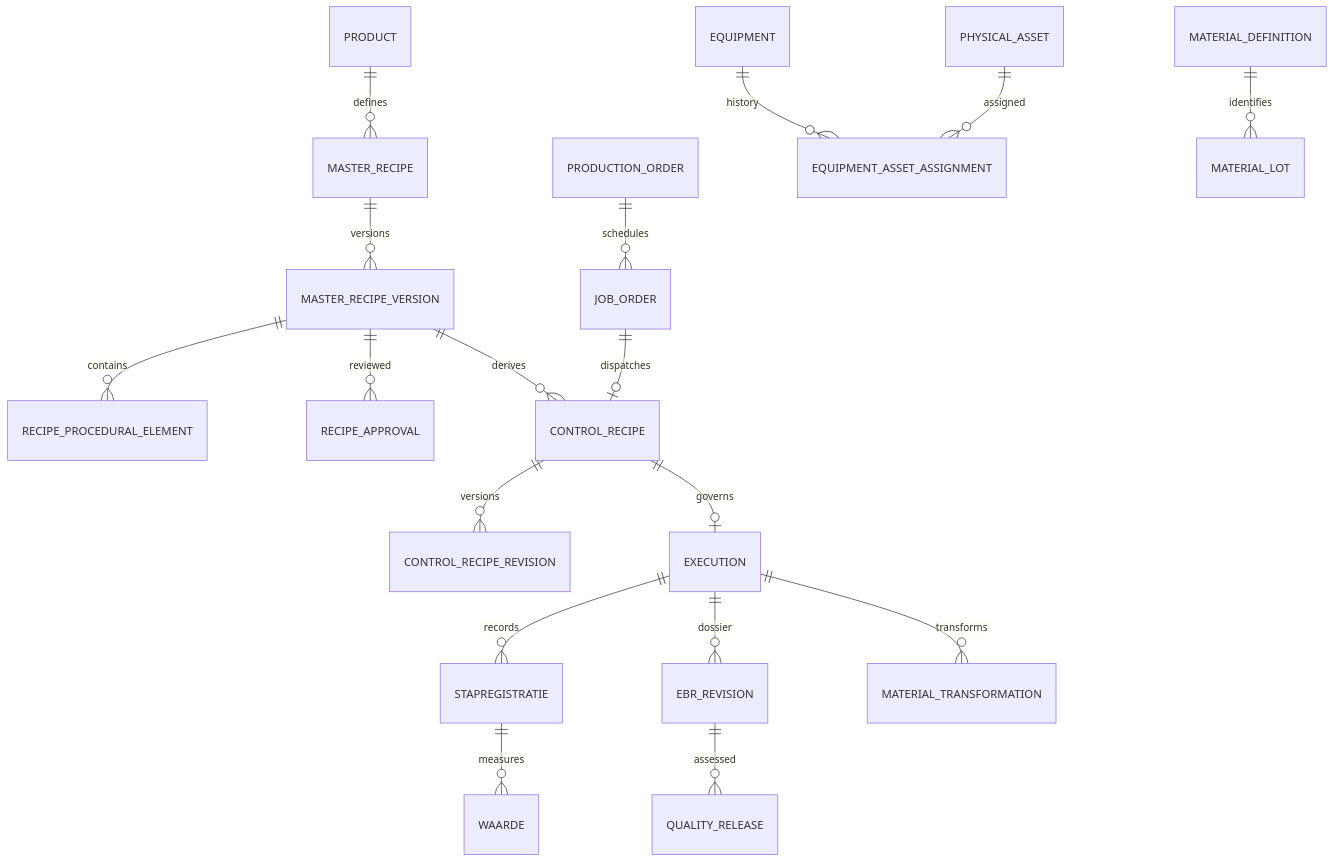
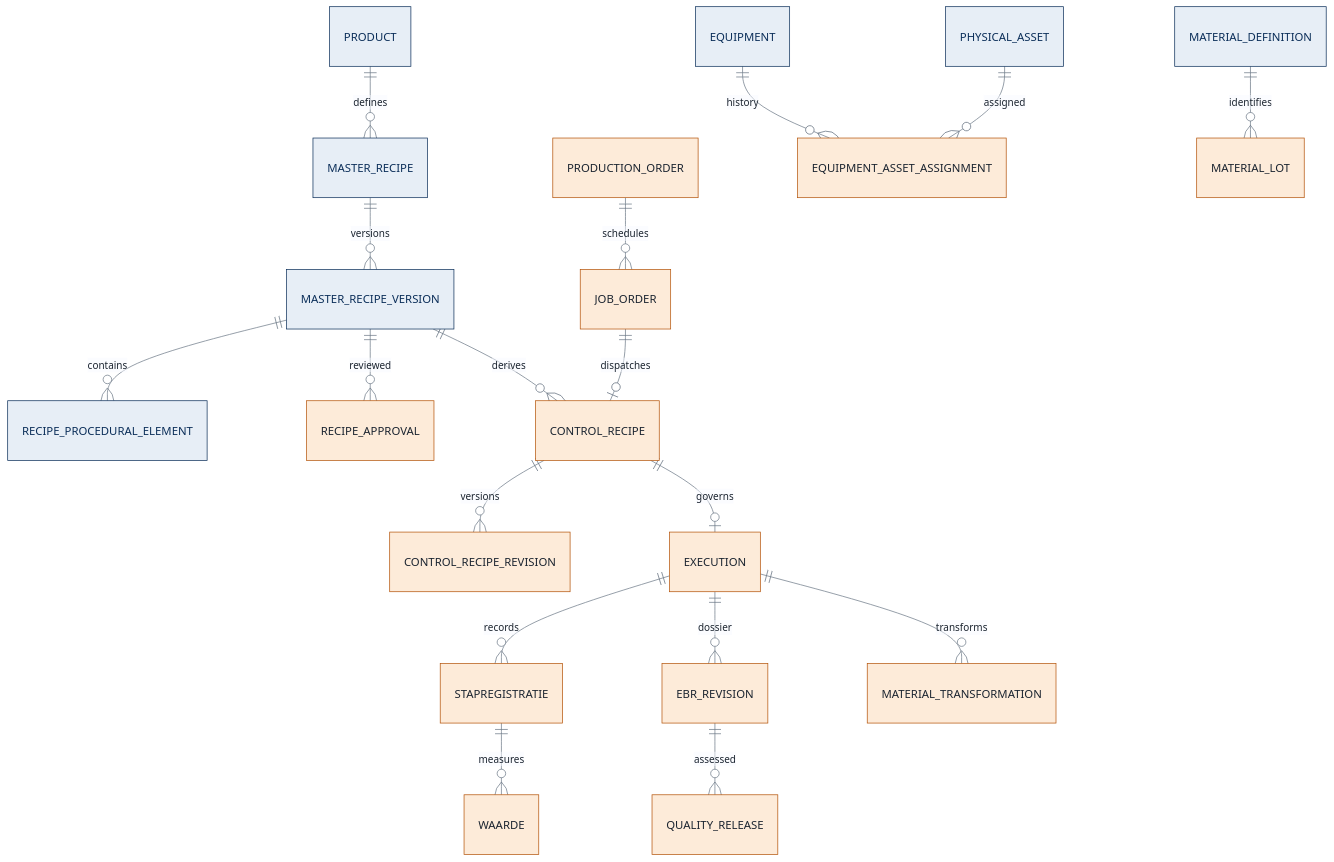
The diagram in docs/mes/DATA-MODEL.md (Gertjun/Manufacturing-Execution-System), drawn with Mermaid before and after one commit. The commit also changed other lines of this file and 8 other files, not shown here.

Commit message:
docs: apply B+ semantic styling to physical and conceptual MES diagrams

````diff
--- a/docs/mes/DATA-MODEL.md
+++ b/docs/mes/DATA-MODEL.md
@@ -5,20 +7,25 @@
 ```mermaid
+%%{init: {"theme":"base","themeVariables":{"lineColor":"#6B7785","primaryTextColor":"#1B2430","fontFamily":"Arial, sans-serif"}}}%%
 erDiagram
  PRODUCT ||--o{ MASTER_RECIPE : defines
  MASTER_RECIPE ||--o{ MASTER_RECIPE_VERSION : versions
  MASTER_RECIPE_VERSION ||--o{ RECIPE_PROCEDURAL_ELEMENT : contains
  MASTER_RECIPE_VERSION ||--o{ RECIPE_APPROVAL : reviewed
  MASTER_RECIPE_VERSION ||--o{ CONTROL_RECIPE : derives
  PRODUCTION_ORDER ||--o{ JOB_ORDER : schedules
  JOB_ORDER ||--o| CONTROL_RECIPE : dispatches
  CONTROL_RECIPE ||--o{ CONTROL_RECIPE_REVISION : versions
  CONTROL_RECIPE ||--o| EXECUTION : governs
  EXECUTION ||--o{ STAPREGISTRATIE : records
  STAPREGISTRATIE ||--o{ WAARDE : measures
  EXECUTION ||--o{ EBR_REVISION : dossier
  EBR_REVISION ||--o{ QUALITY_RELEASE : assessed
  EQUIPMENT ||--o{ EQUIPMENT_ASSET_ASSIGNMENT : history
  PHYSICAL_ASSET ||--o{ EQUIPMENT_ASSET_ASSIGNMENT : assigned
  MATERIAL_DEFINITION ||--o{ MATERIAL_LOT : identifies
  EXECUTION ||--o{ MATERIAL_TRANSFORMATION : transforms
+    classDef structuur fill:#E7EEF6,stroke:#0B2E59,color:#0B2E59
+    classDef uitvoering fill:#FDEBD9,stroke:#B45309,color:#1B2430
+    class PRODUCT,MASTER_RECIPE,MASTER_RECIPE_VERSION,RECIPE_PROCEDURAL_ELEMENT,EQUIPMENT,PHYSICAL_ASSET,MATERIAL_DEFINITION structuur
+    class RECIPE_APPROVAL,CONTROL_RECIPE,PRODUCTION_ORDER,JOB_ORDER,CONTROL_RECIPE_REVISION,EXECUTION,STAPREGISTRATIE,WAARDE,EBR_REVISION,QUALITY_RELEASE,EQUIPMENT_ASSET_ASSIGNMENT,MATERIAL_LOT,MATERIAL_TRANSFORMATION uitvoering
 ```
````
